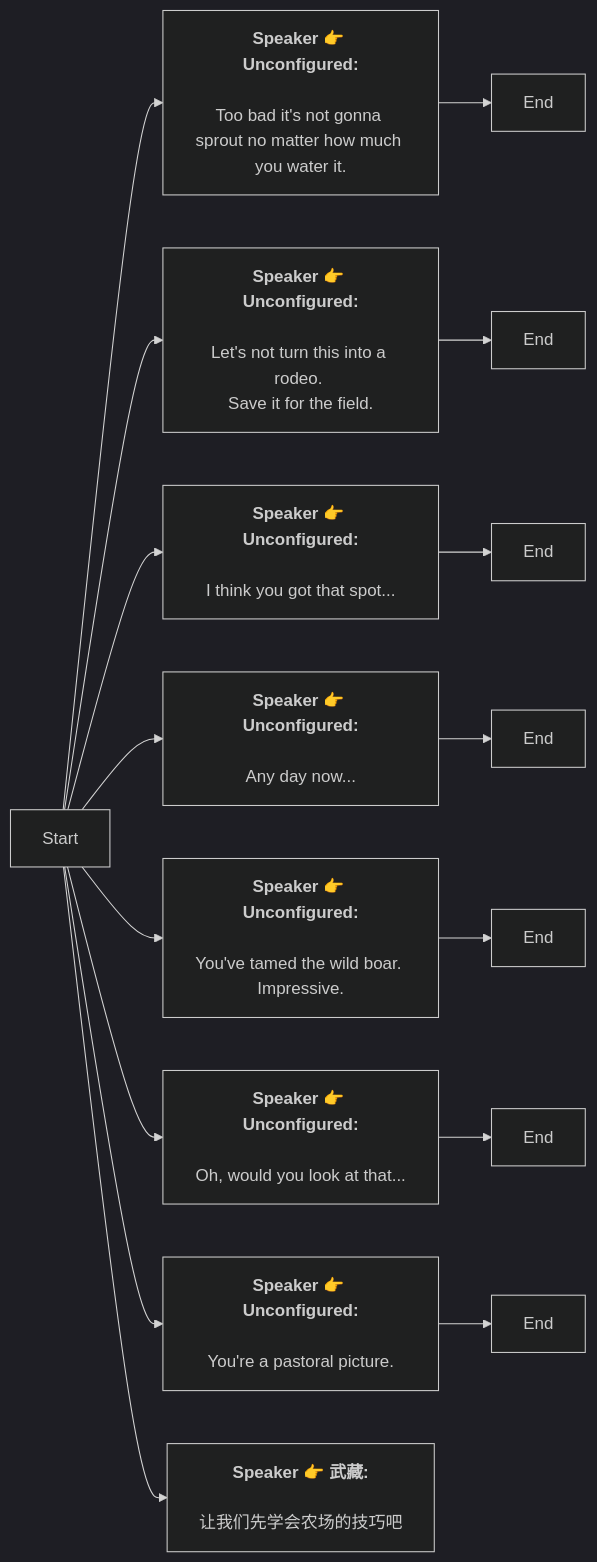
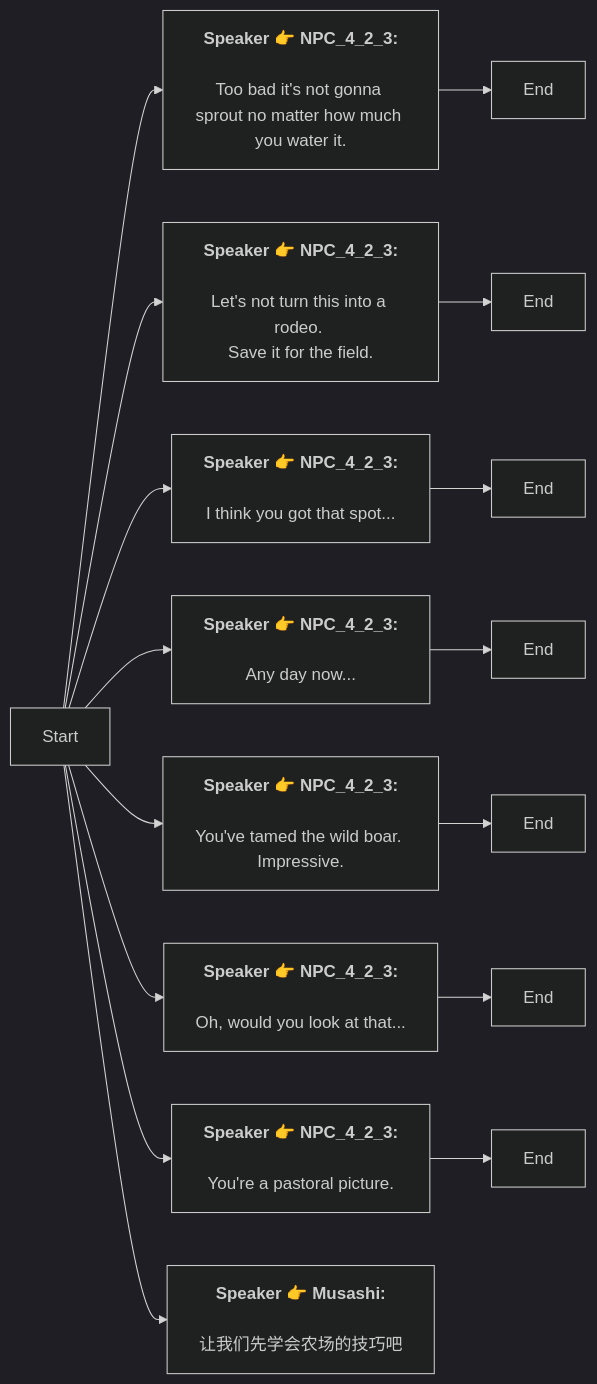
Before and after one commit to SoftHu/tos_avg: the diagram in Zh/FarmingTutriols.md, drawn with Mermaid (dark theme). The commit also changed 737 other files, not shown here.

````diff
--- a/Zh/FarmingTutriols.md
+++ b/Zh/FarmingTutriols.md
@@ -1,36 +1,28 @@
 ```mermaid
 graph LR
-Start -->1768884574776325[<b>Speaker 👉 Unconfigured:</b>
-
-Too bad it's not gonna sprout no matter how much you water it.]
+Start -->1768884574776325[<b>Speaker 👉 NPC_4_2_3:</b>
+\nToo bad it's not gonna sprout no matter how much you water it.]
 1768884574776325 -->1768884429265923[End]
-Start -->1768884774476813[<b>Speaker 👉 Unconfigured:</b>
-
-Let's not turn this into a rodeo. 
+Start -->1768884774476813[<b>Speaker 👉 NPC_4_2_3:</b>
+\nLet's not turn this into a rodeo. 
 Save it for the field.]
 1768884774476813 -->1768884678678536[End]
-Start -->1768884787234830[<b>Speaker 👉 Unconfigured:</b>
+Start -->1768884787234830[<b>Speaker 👉 NPC_4_2_3:</b>
+\nI think you got that spot... ]
+1768884787234830 -->1768884739463179[End]
+Start -->1768884796445711[<b>Speaker 👉 NPC_4_2_3:</b>
+\nAny day now... ]
+1768884796445711 -->1768884809496592[End]
+Start -->1768884880899090[<b>Speaker 👉 NPC_4_2_3:</b>
+\nYou've tamed the wild boar. Impressive.]
+1768884880899090 -->1768884891209747[End]
+Start -->1768884921164823[<b>Speaker 👉 NPC_4_2_3:</b>
+\nOh, would you look at that...]
+1768884921164823 -->1768884925259800[End]
+Start -->1768884920385558[<b>Speaker 👉 NPC_4_2_3:</b>
+\nYou're a pastoral picture. ]
+1768884920385558 -->1768884931682329[End]
+Start -->1772535815119022[<b>Speaker 👉 Musashi:</b>
+\n让我们先学会农场的技巧吧]
 
-I think you got that spot... ]
-1768884787234830 -->1768884739463179[End]
-Start -->1768884796445711[<b>Speaker 👉 Unconfigured:</b>
-
-Any day now... ]
-1768884796445711 -->1768884809496592[End]
-Start -->1768884880899090[<b>Speaker 👉 Unconfigured:</b>
-
-You've tamed the wild boar. Impressive.]
-1768884880899090 -->1768884891209747[End]
-Start -->1768884921164823[<b>Speaker 👉 Unconfigured:</b>
-
-Oh, would you look at that...]
-1768884921164823 -->1768884925259800[End]
-Start -->1768884920385558[<b>Speaker 👉 Unconfigured:</b>
-
-You're a pastoral picture. ]
-1768884920385558 -->1768884931682329[End]
-Start -->1772535815119022[<b>Speaker 👉 武藏:</b>
-
-让我们先学会农场的技巧吧]
-
- ```
+```
````
